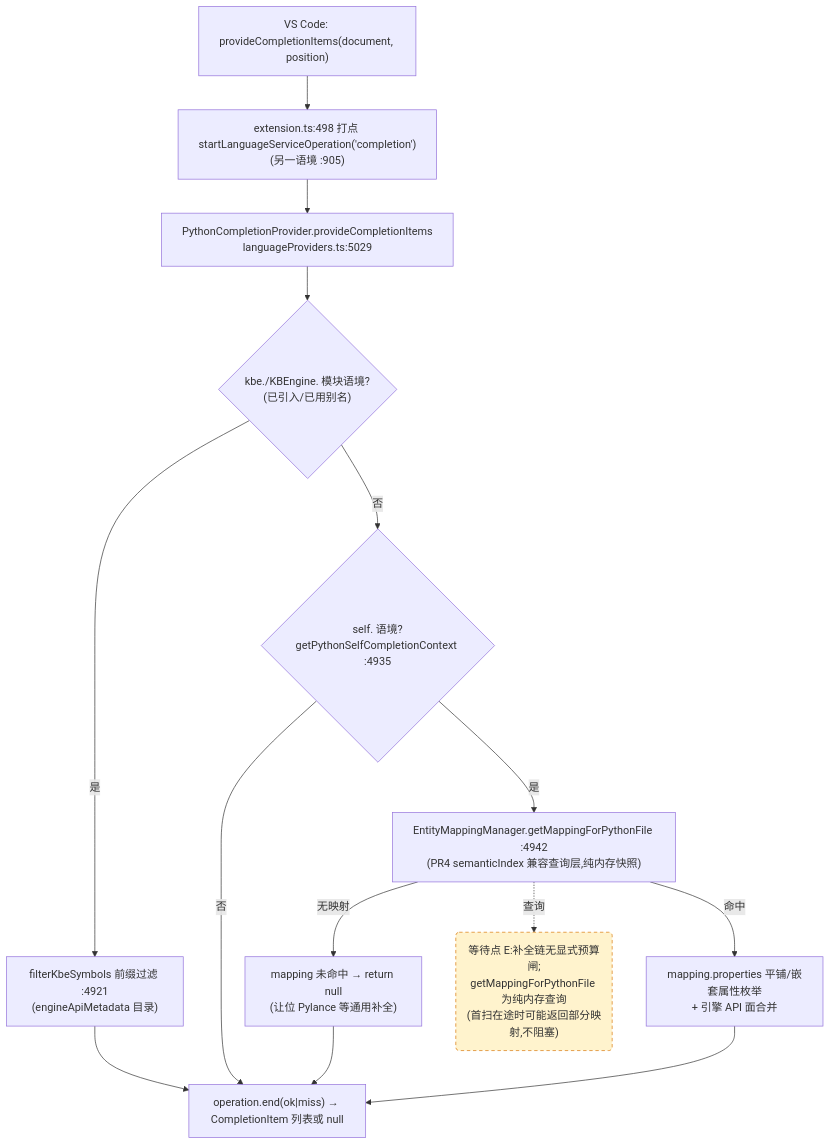
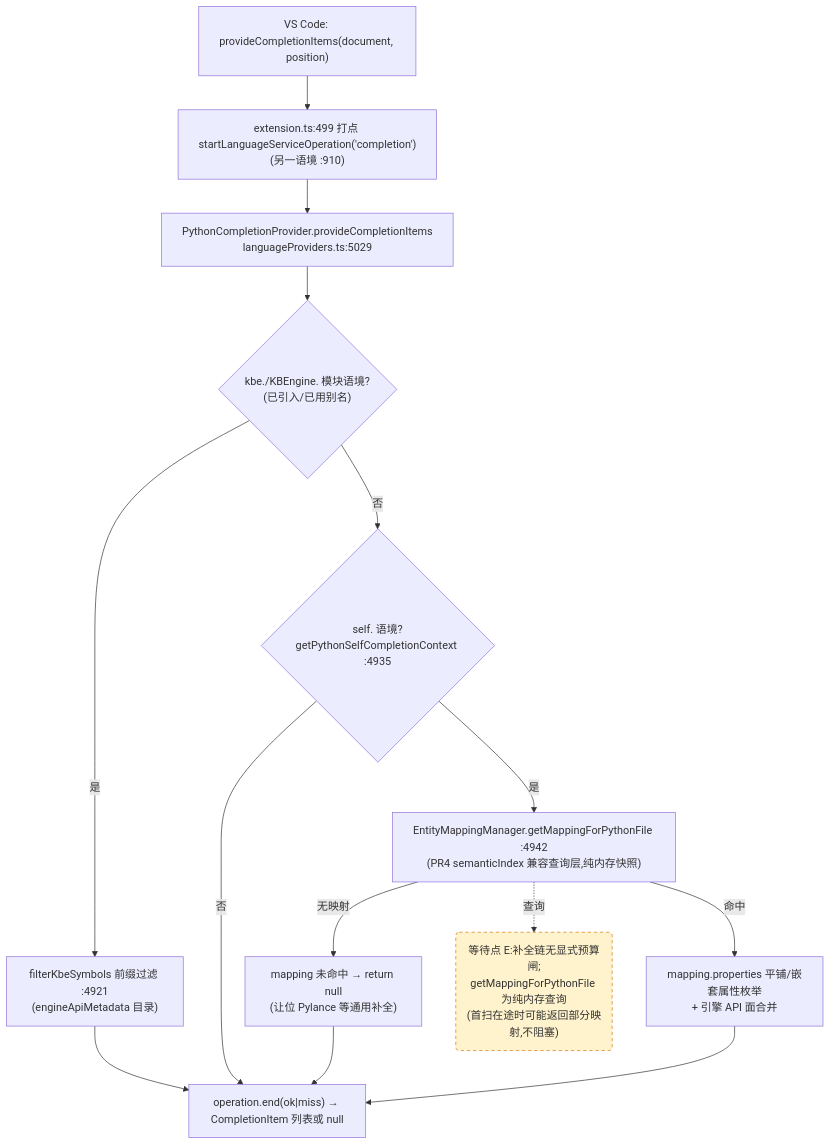
One commit to cuihairu/kode changed the third of 4 diagrams in docs/perf/2026-baseline.md. Above: the diagram before and after it, drawn with Mermaid. The commit also changed other lines of this file and 4 other files, not shown here.

````diff
--- a/docs/perf/2026-baseline.md
+++ b/docs/perf/2026-baseline.md
@@ -184,27 +184,27 @@
 ```mermaid
 flowchart TD
   VC3["VS Code: provideCompletionItems(document, position)"]
-  M3["extension.ts:498 打点 startLanguageServiceOperation('completion')<br/>(另一语境 :905)"]
+  M3["extension.ts:499 打点 startLanguageServiceOperation('completion')<br/>(另一语境 :910)"]
   CP["PythonCompletionProvider.provideCompletionItems<br/>languageProviders.ts:5029"]
   KBEC{"kbe./KBEngine. 模块语境?<br/>(已引入/已用别名)"}
   FILTER["filterKbeSymbols 前缀过滤 :4921<br/>(engineApiMetadata 目录)"]
   SELFC{"self. 语境?<br/>getPythonSelfCompletionContext :4935"}
   MAP["EntityMappingManager.getMappingForPythonFile :4942<br/>(PR4 semanticIndex 兼容查询层,纯内存快照)"]
   NOMAP["mapping 未命中 → return null<br/>(让位 Pylance 等通用补全)"]
   PROPS["mapping.properties 平铺/嵌套属性枚举<br/>+ 引擎 API 面合并"]
   END3["operation.end(ok|miss) → CompletionItem 列表或 null"]
 
   VC3 --> M3 --> CP --> KBEC
   KBEC -- "是" --> FILTER --> END3
   KBEC -- "否" --> SELFC
   SELFC -- "否" --> END3
   SELFC -- "是" --> MAP
   MAP -- "无映射" --> NOMAP --> END3
   MAP -- "命中" --> PROPS --> END3
 
   WAITE("等待点 E:补全链无显式预算闸;<br/>getMappingForPythonFile 为纯内存查询<br/>(首扫在途时可能返回部分映射,不阻塞)")
   MAP -.->|查询| WAITE
 
   classDef waitPoint fill:#fff3cd,stroke:#d97706,stroke-dasharray:5 4;
   class WAITE waitPoint;
 ```
````
